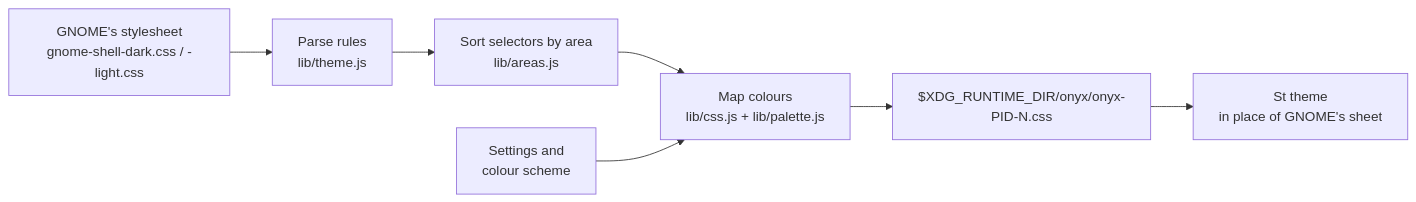
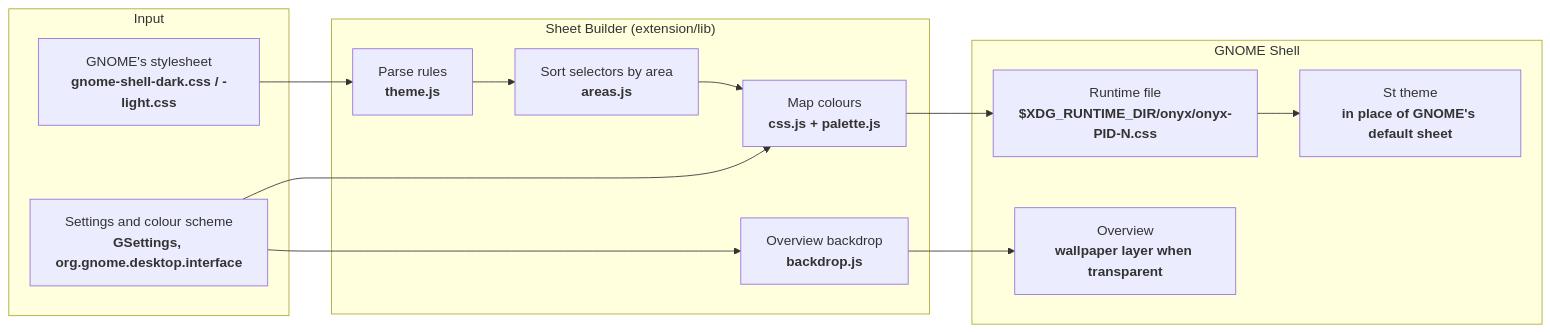
The diagram in README.md (tomsliikee/onyx), drawn with Mermaid before and after one commit. The commit also changed other lines of this file and 10 other files, not shown here.

First line of the commit message:
Overview backdrop, notification card greys, soft mode, README

````diff
--- a/README.md
+++ b/README.md
@@ -36,9 +31,23 @@
 ```mermaid
 flowchart LR
-    G["GNOME's stylesheet<br/>gnome-shell-dark.css / -light.css"] --> P["Parse rules<br/>lib/theme.js"]
-    P --> A["Sort selectors by area<br/>lib/areas.js"]
-    A --> M["Map colours<br/>lib/css.js + lib/palette.js"]
-    S["Settings and<br/>colour scheme"] --> M
-    M --> F["$XDG_RUNTIME_DIR/onyx/onyx-PID-N.css"]
-    F --> T["St theme<br/>in place of GNOME's sheet"]
+    subgraph Input ["Input"]
+        G["GNOME's stylesheet<br/><b>gnome-shell-dark.css / -light.css</b>"]
+        S["Settings and colour scheme<br/><b>GSettings, org.gnome.desktop.interface</b>"]
+    end
+    subgraph Build ["Sheet Builder (extension/lib)"]
+        P["Parse rules<br/><b>theme.js</b>"]
+        A["Sort selectors by area<br/><b>areas.js</b>"]
+        M["Map colours<br/><b>css.js + palette.js</b>"]
+        B["Overview backdrop<br/><b>backdrop.js</b>"]
+    end
+    subgraph Shell ["GNOME Shell"]
+        F["Runtime file<br/><b>$XDG_RUNTIME_DIR/onyx/onyx-PID-N.css</b>"]
+        T["St theme<br/><b>in place of GNOME's default sheet</b>"]
+        O["Overview<br/><b>wallpaper layer when transparent</b>"]
+    end
+    G --> P --> A --> M
+    S --> M
+    S --> B
+    M --> F --> T
+    B --> O
 ```
````
